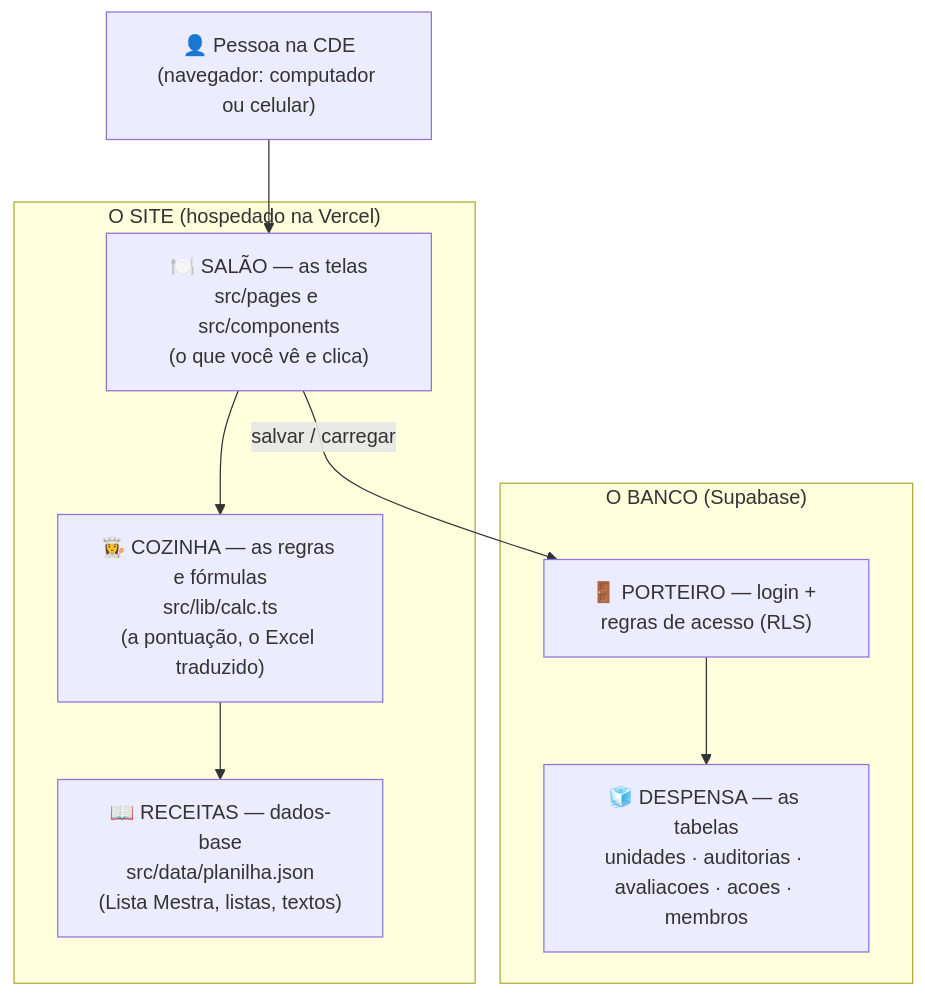
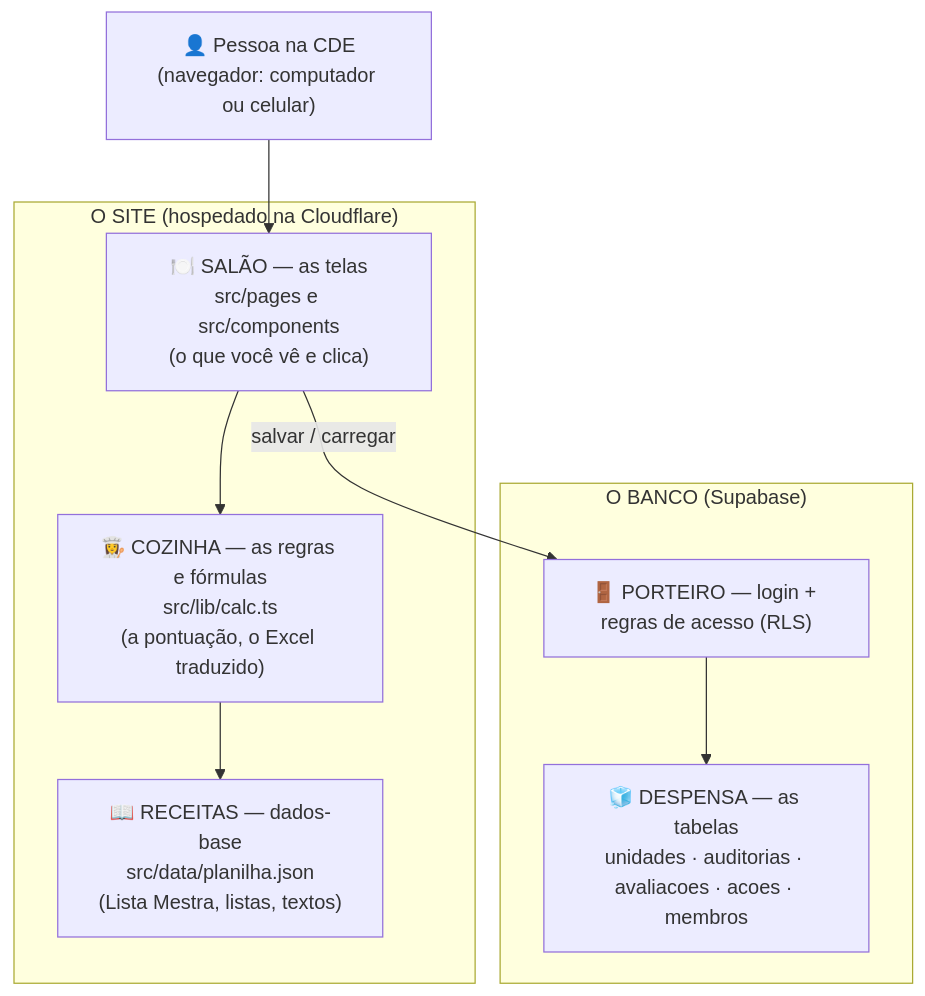
One commit to joaoviantexe/instrumento-controle changed the fourth of 5 diagrams in docs/ENTENDENDO_A_PLANILHA.md. Above: the diagram before and after it, drawn with Mermaid. The commit also changed other lines of this file and 12 other files, not shown here.

First line of the commit message:
Remove o suporte à Vercel: hospedagem somente na Cloudflare (documentação e arquivos de configuração)

````diff
--- a/docs/ENTENDENDO_A_PLANILHA.md
+++ b/docs/ENTENDENDO_A_PLANILHA.md
@@ -1013,18 +1013,18 @@
 ```mermaid
 flowchart TD
     U["👤 Pessoa na CDE<br/>(navegador: computador ou celular)"]
-    subgraph SITE["O SITE (hospedado na Vercel)"]
+    subgraph SITE["O SITE (hospedado na Cloudflare)"]
         T["🍽️ SALÃO — as telas<br/>src/pages e src/components<br/>(o que você vê e clica)"]
         R["👩‍🍳 COZINHA — as regras e fórmulas<br/>src/lib/calc.ts<br/>(a pontuação, o Excel traduzido)"]
         D["📖 RECEITAS — dados-base<br/>src/data/planilha.json<br/>(Lista Mestra, listas, textos)"]
     end
     subgraph BANCO["O BANCO (Supabase)"]
         P["🧊 DESPENSA — as tabelas<br/>unidades · auditorias · avaliacoes · acoes · membros"]
         G["🚪 PORTEIRO — login + regras de acesso (RLS)"]
     end
     U --> T
     T --> R
     R --> D
     T -->|"salvar / carregar"| G
     G --> P
 ```
````
